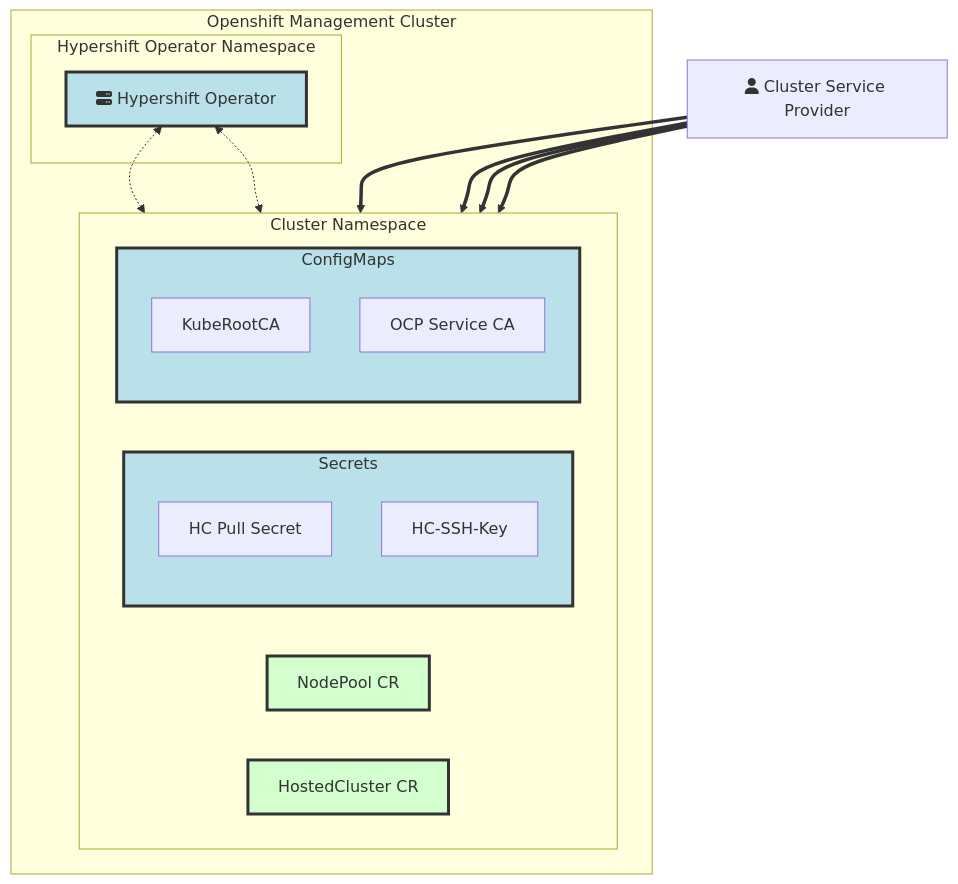
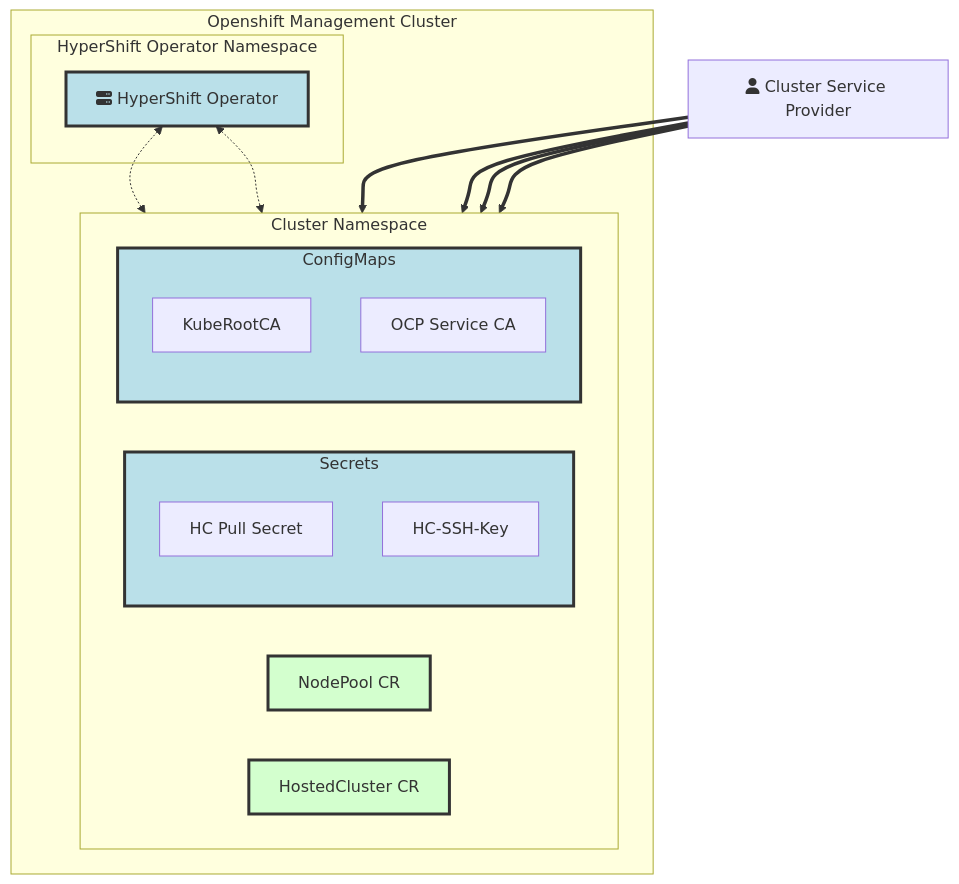
The second of 6 diagrams in docs/content/how-to/aws/index.md (openshift/hypershift), drawn with Mermaid before and after one commit. The commit also changed other lines of this file, not shown here.

````diff
--- a/docs/content/how-to/aws/index.md
+++ b/docs/content/how-to/aws/index.md
@@ -577,38 +577,38 @@
 ```mermaid
 flowchart TB
     style HO fill:#BAE0E9,stroke:#333,stroke-width:3px
     style SC2 fill:#BAE0E9,stroke:#333,stroke-width:3px
     style CMC2 fill:#BAE0E9,stroke:#333,stroke-width:3px
     style NPO fill:#D3FFCE,stroke:#333,stroke-width:3px
     style HCO fill:#D3FFCE,stroke:#333,stroke-width:3px
 
     CSP[fa:fa-user Cluster Service Provider]
     CSP ==> HCO
     CSP ==> NPO
     CSP ==> SC2
     CSP ==> CMC2
     HO <-.-> NPO
     HO <-.-> HCO
 
     subgraph OMC[Openshift Management Cluster]
-        subgraph HONS[Hypershift Operator Namespace]
-            HO[fa:fa-server Hypershift Operator]
+        subgraph HONS[HyperShift Operator Namespace]
+            HO[fa:fa-server HyperShift Operator]
 
         end
         subgraph CANS[Cluster Namespace]
         direction LR
             HCO[HostedCluster CR]
             NPO[NodePool CR]
             SC2[Secrets]
             subgraph SC2[Secrets]
                 SPS[HC Pull Secret]
                 HC-SSH-Key
             end
             CMC2[ConfigMaps]
             subgraph CMC2[ConfigMaps]
                 KRCA[KubeRootCA]
                 OCSA[OCP Service CA]
             end
         end
     end
 ```
````
